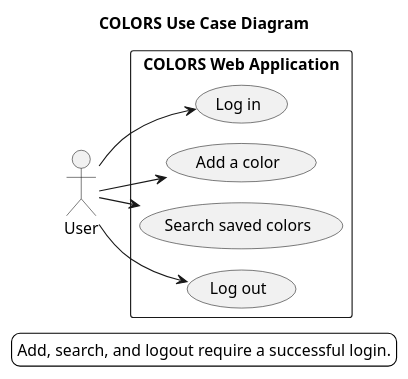
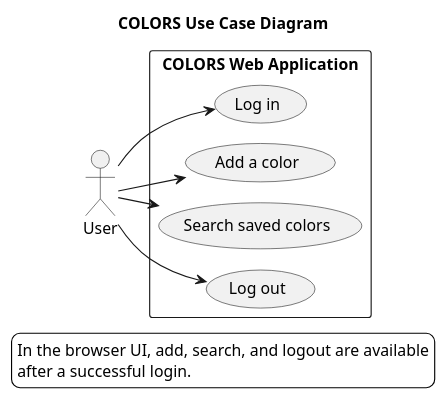
One commit to IbrahimShaqqou/colors-lamp changed the diagram in docs/uml/usecase.puml. Above: the diagram before and after it, drawn with PlantUML. The commit also changed 5 other files, not shown here.

Commit message:
Correct UML diagram details

```diff
--- a/docs/uml/usecase.puml
+++ b/docs/uml/usecase.puml
@@ -1,28 +1,29 @@
 @startuml
 !pragma layout smetana
 title COLORS Use Case Diagram
 
 left to right direction
 skinparam monochrome true
 skinparam shadowing false
 skinparam backgroundColor white
 
 actor User
 
 rectangle "COLORS Web Application" {
   usecase "Log in" as Login
   usecase "Add a color" as AddColor
   usecase "Search saved colors" as SearchColors
   usecase "Log out" as Logout
 }
 
 User --> Login
 User --> AddColor
 User --> SearchColors
 User --> Logout
 
 legend bottom
-  Add, search, and logout require a successful login.
+  In the browser UI, add, search, and logout are available
+  after a successful login.
 endlegend
 
 @enduml
```
